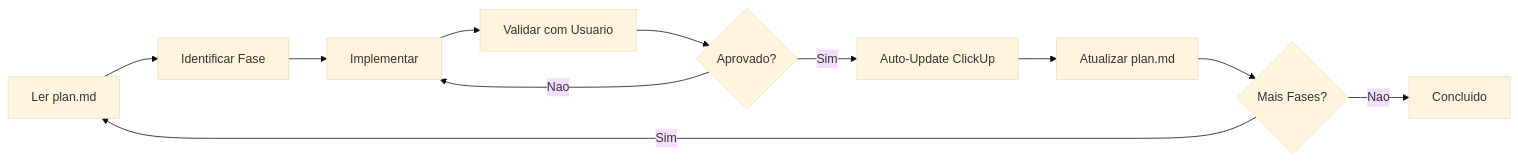
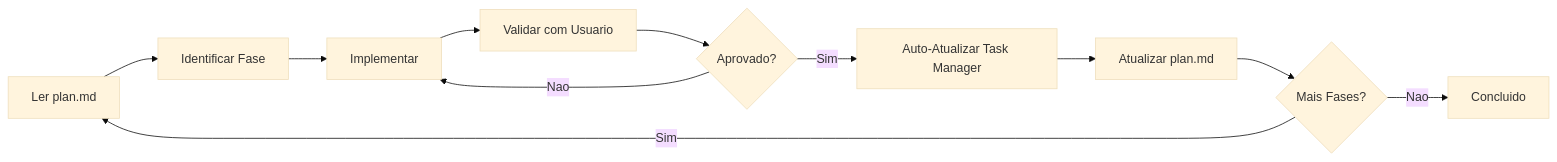
Before and after one commit to marciocar/onion-cursor: the second of 9 diagrams in .cursor/docs/onion/engineering-flows.md, drawn with Mermaid (base theme). The commit also changed other lines of this file and 92 other files, not shown here.

First line of the commit message:
chore: remove nomes de empresas e generaliza ClickUp para Task Manager

````diff
--- a/.cursor/docs/onion/engineering-flows.md
+++ b/.cursor/docs/onion/engineering-flows.md
@@ -162,13 +162,13 @@
 ```mermaid
 flowchart LR
     A[Ler plan.md] --> B[Identificar Fase]
     B --> C[Implementar]
     C --> D[Validar com Usuario]
     D --> E{Aprovado?}
     E -->|Nao| C
-    E -->|Sim| F[Auto-Update ClickUp]
+    E -->|Sim| F[Auto-Atualizar Task Manager]
     F --> G[Atualizar plan.md]
     G --> H{Mais Fases?}
     H -->|Sim| A
     H -->|Nao| I[Concluido]
 ```
````
